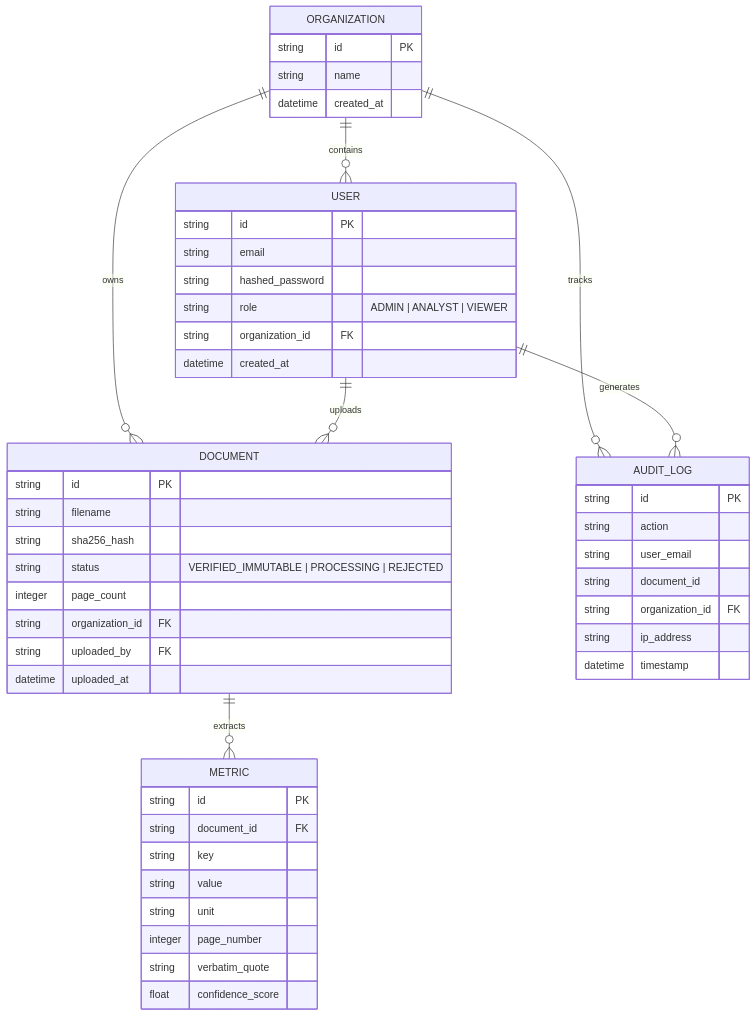
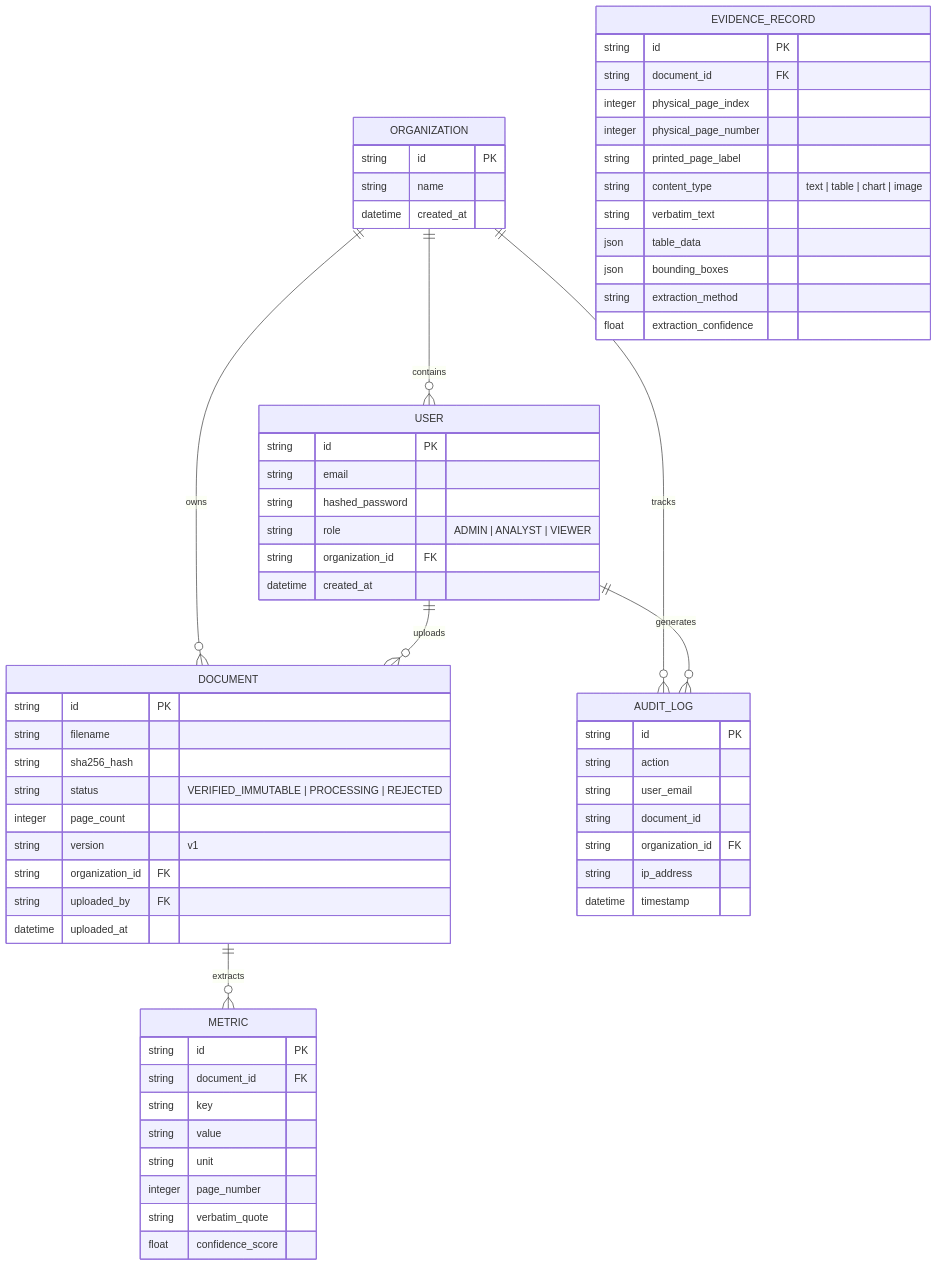
One commit to Rudranarayan666/Finance-agent changed the third of 3 diagrams in ARCHITECTURE.md. Above: the diagram before and after it, drawn with Mermaid. The commit also changed other lines of this file and 33 other files, not shown here.

````diff
--- a/ARCHITECTURE.md
+++ b/ARCHITECTURE.md
@@ -177,56 +177,71 @@
 ```mermaid
 erDiagram
     ORGANIZATION ||--o{ USER : contains
     ORGANIZATION ||--o{ DOCUMENT : owns
     ORGANIZATION ||--o{ AUDIT_LOG : tracks
     USER ||--o{ DOCUMENT : uploads
     USER ||--o{ AUDIT_LOG : generates
     DOCUMENT ||--o{ METRIC : extracts
 
     ORGANIZATION {
         string id PK
         string name
         datetime created_at
     }
 
     USER {
         string id PK
         string email
         string hashed_password
         string role "ADMIN | ANALYST | VIEWER"
         string organization_id FK
         datetime created_at
     }
 
     DOCUMENT {
         string id PK
         string filename
         string sha256_hash
         string status "VERIFIED_IMMUTABLE | PROCESSING | REJECTED"
         integer page_count
+        string version "v1"
         string organization_id FK
         string uploaded_by FK
         datetime uploaded_at
+    }
+
+    EVIDENCE_RECORD {
+        string id PK
+        string document_id FK
+        integer physical_page_index
+        integer physical_page_number
+        string printed_page_label
+        string content_type "text | table | chart | image"
+        string verbatim_text
+        json table_data
+        json bounding_boxes
+        string extraction_method
+        float extraction_confidence
     }
 
     METRIC {
         string id PK
         string document_id FK
         string key
         string value
         string unit
         integer page_number
         string verbatim_quote
         float confidence_score
     }
 
     AUDIT_LOG {
         string id PK
         string action
         string user_email
         string document_id
         string organization_id FK
         string ip_address
         datetime timestamp
     }
 ```
````
